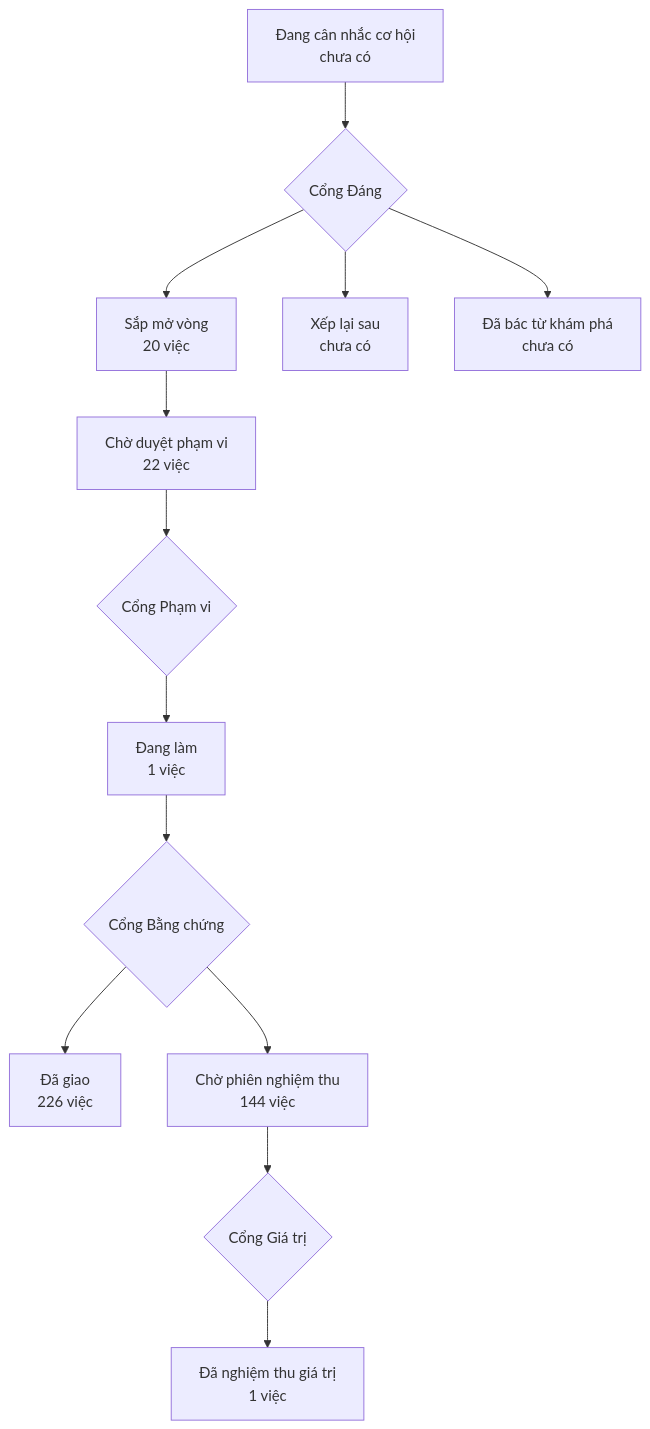
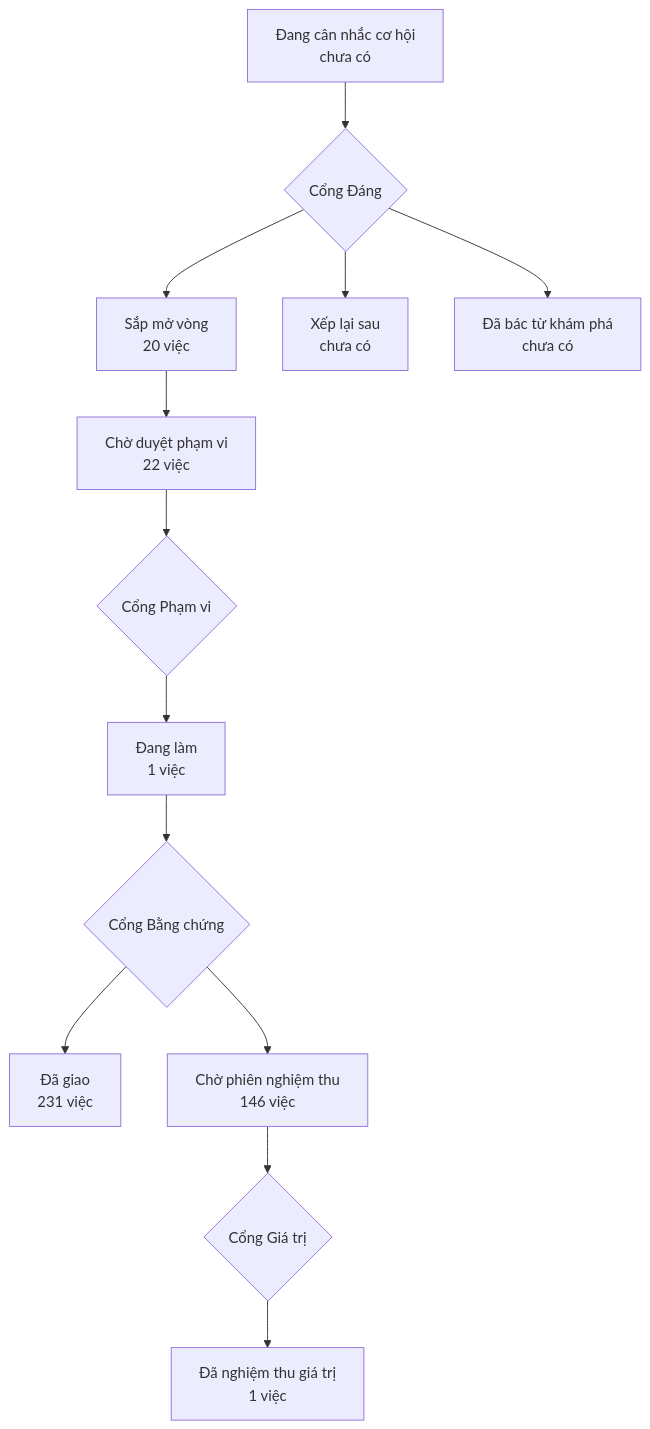
Before and after one commit to phanlemanh/onehub-invest: the diagram in PRODUCT-MAP.md, drawn with Mermaid. The commit also changed other lines of this file and 1 other file, not shown here.

````diff
--- a/PRODUCT-MAP.md
+++ b/PRODUCT-MAP.md
@@ -7,12 +7,12 @@
 ```mermaid
 flowchart TD
   A["Đang cân nhắc cơ hội<br/>chưa có"] --> GD{"Cổng Đáng"}
   GD --> B["Sắp mở vòng<br/>20 việc"]
   GD --> XL["Xếp lại sau<br/>chưa có"]
   GD --> DB["Đã bác từ khám phá<br/>chưa có"]
   B --> CD["Chờ duyệt phạm vi<br/>22 việc"] --> GP{"Cổng Phạm vi"}
   GP --> DL["Đang làm<br/>1 việc"] --> GB{"Cổng Bằng chứng"}
-  GB --> DG["Đã giao<br/>226 việc"]
-  GB --> CN["Chờ phiên nghiệm thu<br/>144 việc"] --> GG{"Cổng Giá trị"}
+  GB --> DG["Đã giao<br/>231 việc"]
+  GB --> CN["Chờ phiên nghiệm thu<br/>146 việc"] --> GG{"Cổng Giá trị"}
   GG --> NT["Đã nghiệm thu giá trị<br/>1 việc"]
 ```
````
